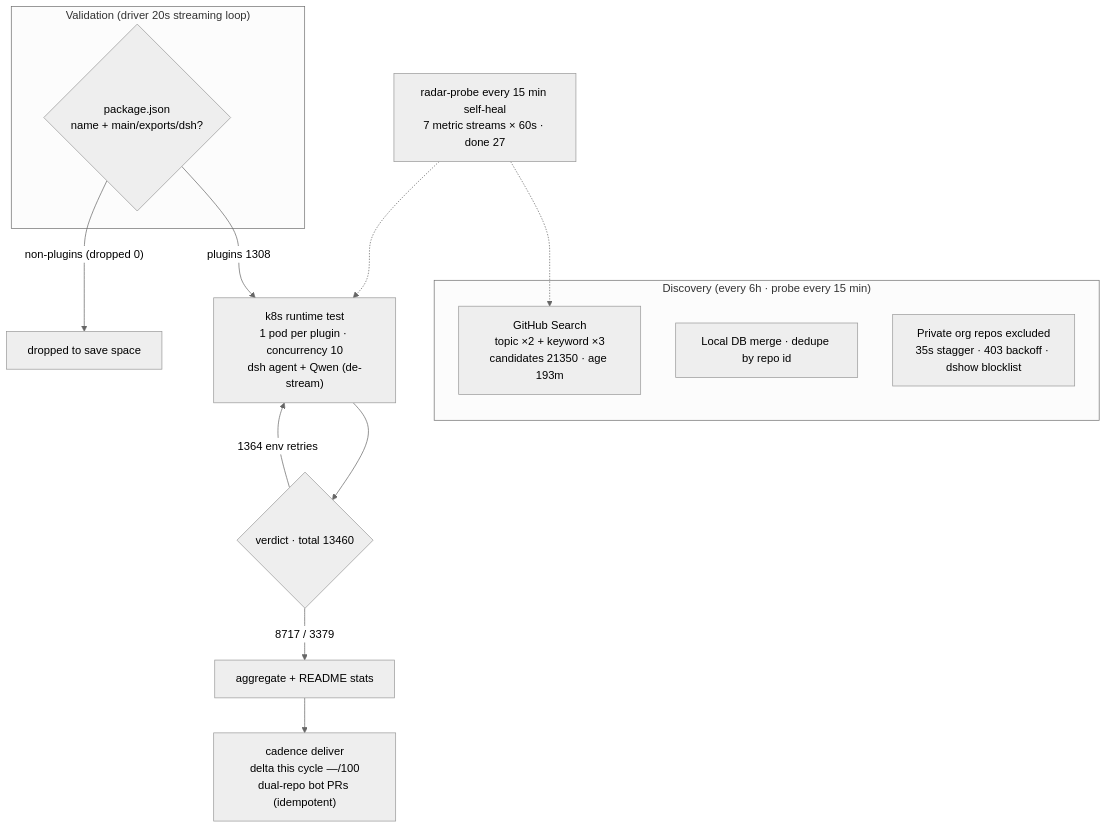
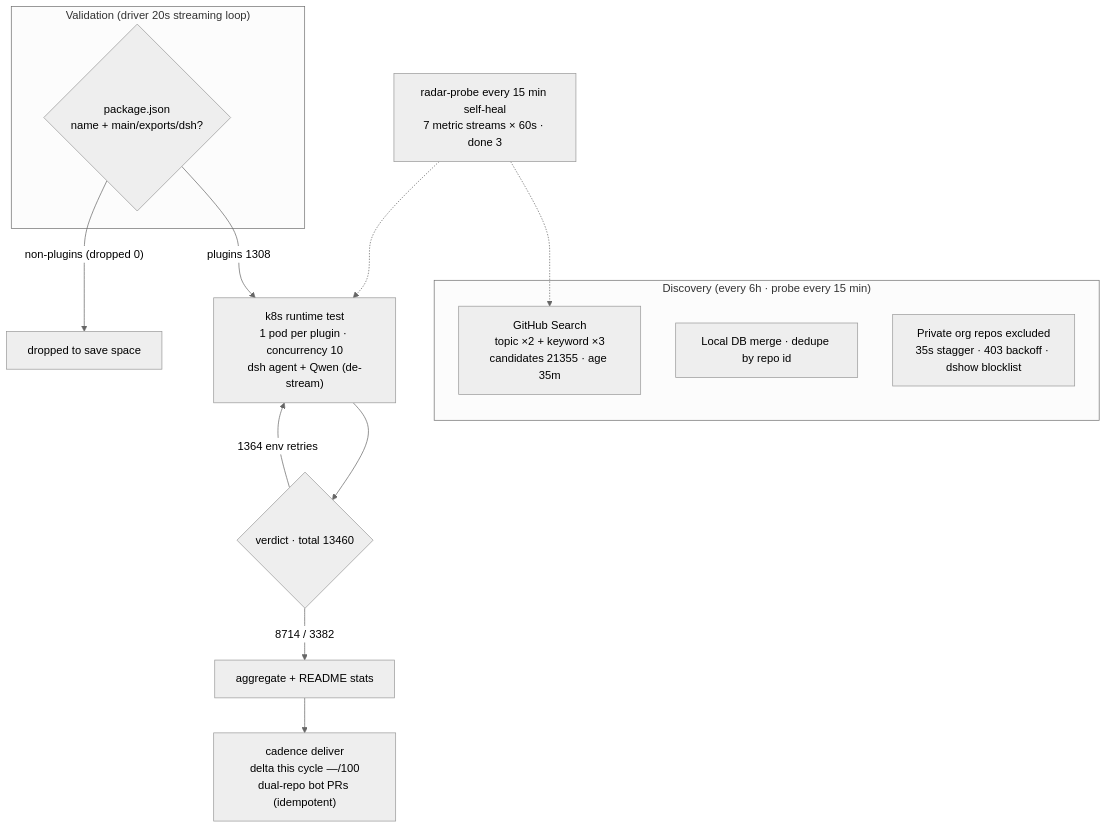
Before and after one commit to 1420079678-ctrl/dsh-plugin-radar: the diagram in README.en-US.md, drawn with Mermaid (neutral theme). The commit also changed other lines of this file and 14 other files, not shown here.

````diff
--- a/README.en-US.md
+++ b/README.en-US.md
@@ -45,20 +45,20 @@
 ```mermaid
 flowchart TB
     subgraph Discovery["Discovery (every 6h · probe every 15 min)"]
-        A1["GitHub Search<br/>topic ×2 + keyword ×3<br/>candidates 21350 · age 193m"]
+        A1["GitHub Search<br/>topic ×2 + keyword ×3<br/>candidates 21355 · age 35m"]
         A2["Local DB merge · dedupe by repo id"]
         A3["Private org repos excluded<br/>35s stagger · 403 backoff · dshow blocklist"]
     end
     subgraph Validation["Validation (driver 20s streaming loop)"]
         B1{"package.json<br/>name + main/exports/dsh?"}
     end
     B1 -->|"plugins 1308"| C1["k8s runtime test<br/>1 pod per plugin · concurrency 10<br/>dsh agent + Qwen (de-stream)"]
     B1 -->|"non-plugins (dropped 0)"| B3["dropped to save space"]
     C1 --> D1{"verdict · total 13460"}
-    D1 -->|"8717 / 3379"| E1["aggregate + README stats"]
+    D1 -->|"8714 / 3382"| E1["aggregate + README stats"]
     D1 -->|"1364 env retries"| C1
     E1 --> E2["cadence deliver<br/>delta this cycle —/100<br/>dual-repo bot PRs (idempotent)"]
-    M["radar-probe every 15 min self-heal<br/>7 metric streams × 60s · done 27"]
+    M["radar-probe every 15 min self-heal<br/>7 metric streams × 60s · done 3"]
     M -.-> A1
     M -.-> C1
 ```
````
